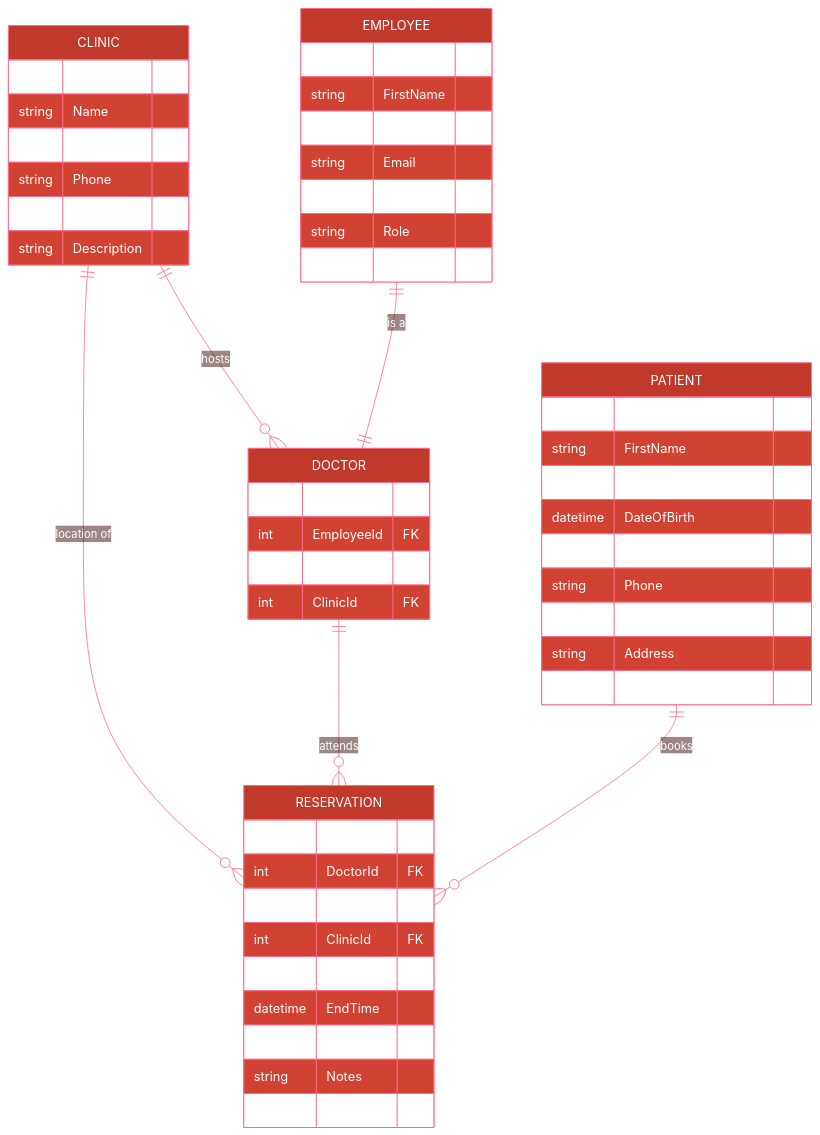
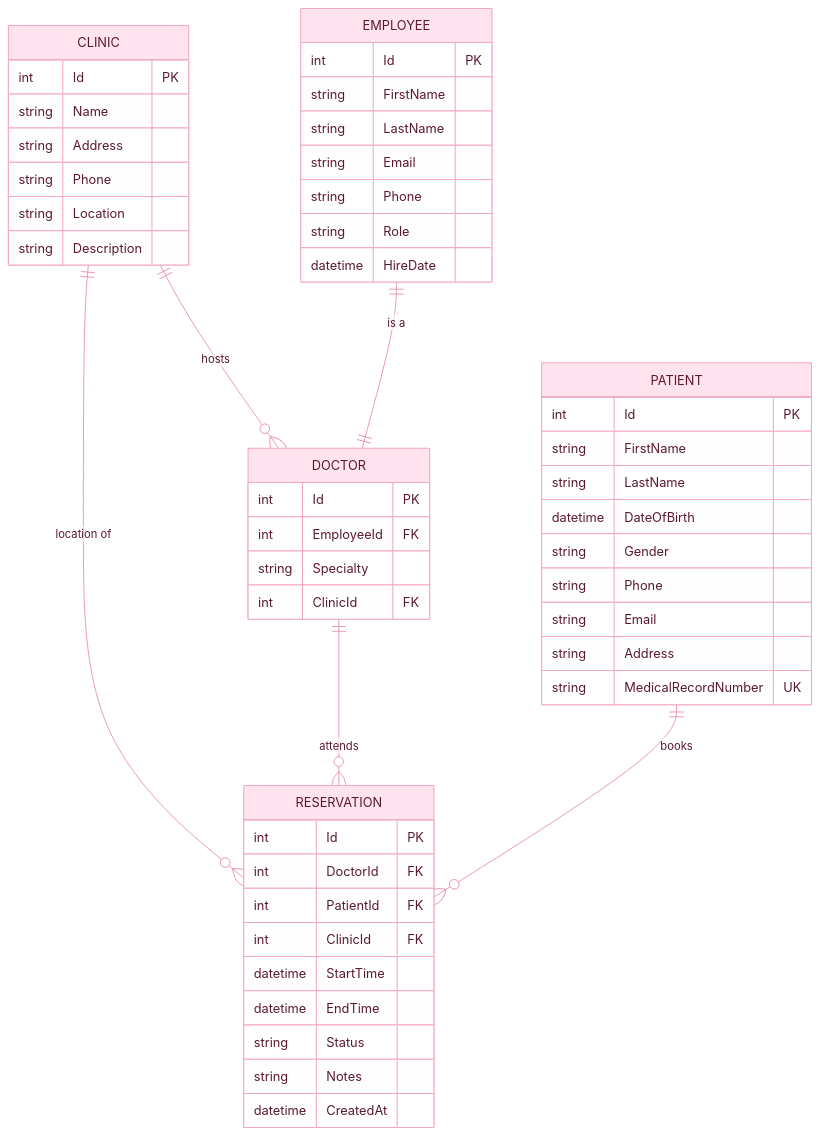
One commit to DARusrus/Hospital-System changed the third of 3 diagrams in README.md. Above: the diagram before and after it, drawn with Mermaid.

````diff
--- a/README.md
+++ b/README.md
@@ -184,63 +184,63 @@
 ```mermaid
 %%{init: {'theme': 'base', 'themeVariables': {
-  'primaryColor': '#c0392b',
-  'primaryTextColor': '#ffffff',
-  'primaryBorderColor': '#ff6b8a',
-  'lineColor': '#ff6b8a',
-  'secondaryColor': '#7b1a1a',
-  'tertiaryColor': '#3d0f0f',
+  'primaryColor': '#ffe4ef',
+  'primaryTextColor': '#5a1a2e',
+  'primaryBorderColor': '#f4a7c0',
+  'lineColor': '#e8849f',
+  'secondaryColor': '#fff0f5',
+  'tertiaryColor': '#ffffff',
   'fontFamily': 'JetBrains Mono'
 }}}%%
 erDiagram
     CLINIC {
         int Id PK
         string Name
         string Address
         string Phone
         string Location
         string Description
     }
     DOCTOR {
         int Id PK
         int EmployeeId FK
         string Specialty
         int ClinicId FK
     }
     EMPLOYEE {
         int Id PK
         string FirstName
         string LastName
         string Email
         string Phone
         string Role
         datetime HireDate
     }
     PATIENT {
         int Id PK
         string FirstName
         string LastName
         datetime DateOfBirth
         string Gender
         string Phone
         string Email
         string Address
         string MedicalRecordNumber UK
     }
     RESERVATION {
         int Id PK
         int DoctorId FK
         int PatientId FK
         int ClinicId FK
         datetime StartTime
         datetime EndTime
         string Status
         string Notes
         datetime CreatedAt
     }
 
     CLINIC ||--o{ DOCTOR : "hosts"
     CLINIC ||--o{ RESERVATION : "location of"
     EMPLOYEE ||--|| DOCTOR : "is a"
     DOCTOR ||--o{ RESERVATION : "attends"
     PATIENT ||--o{ RESERVATION : "books"
 ```
````
